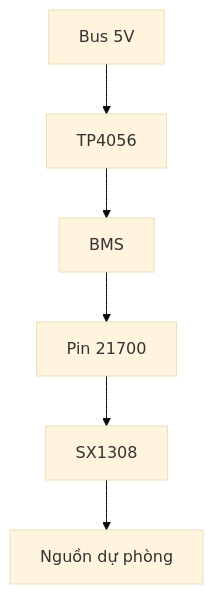
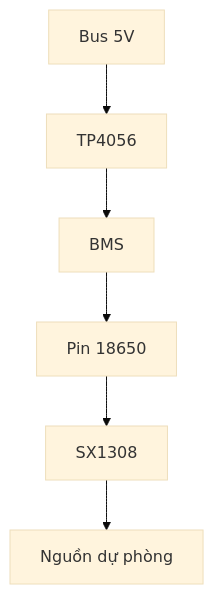
Before and after one commit to anmh1205/IoT_Vehicle_Tracking_System: the diagram in resources/reports/thesis/final/assets/uml/07-chuong-4-trien-khai-hardware-hinh-4-10.mmd, drawn with Mermaid (base theme). The commit also changed 34 other files, not shown here.

```diff
--- a/resources/reports/thesis/final/assets/uml/07-chuong-4-trien-khai-hardware-hinh-4-10.mmd
+++ b/resources/reports/thesis/final/assets/uml/07-chuong-4-trien-khai-hardware-hinh-4-10.mmd
@@ -1,6 +1,6 @@
 flowchart TB
     Bus5V["Bus 5V"] --> TP4056["TP4056"]
     TP4056 --> BMS["BMS"]
-    BMS --> Cell["Pin 21700"]
+    BMS --> Cell["Pin 18650"]
     Cell --> Boost["SX1308"]
     Boost --> Runtime["Nguồn dự phòng"]
```
